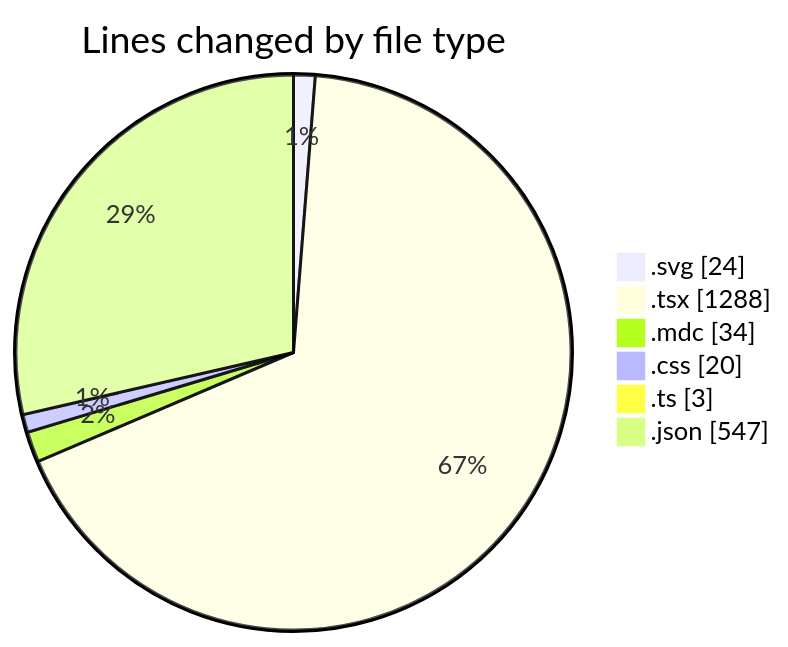
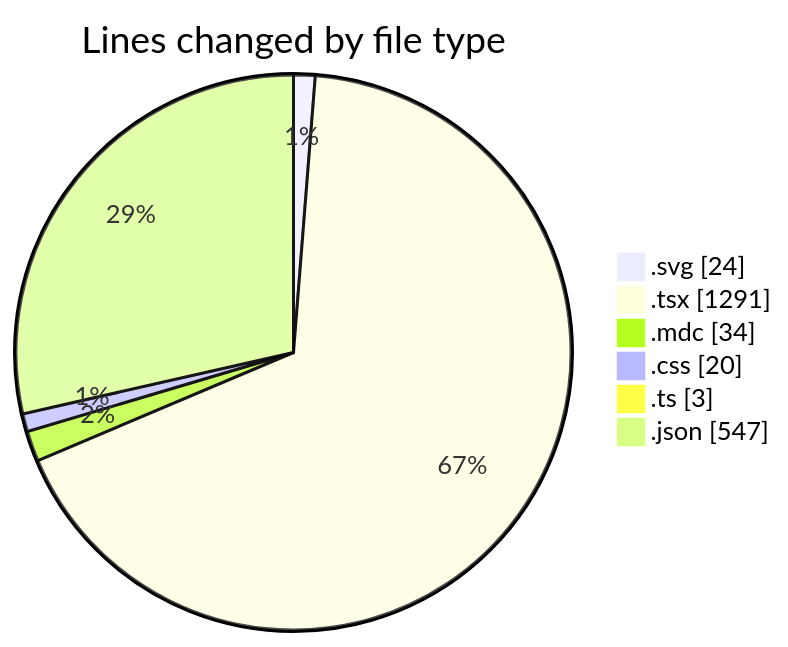
One commit to EIIisD/code-tracking changed the first of 2 diagrams in 2025-07-18/ribbon/README.md. Above: the diagram before and after it, drawn with Mermaid. The commit also changed other lines of this file and 1 other file, not shown here.

````diff
--- a/2025-07-18/ribbon/README.md
+++ b/2025-07-18/ribbon/README.md
@@ -27,10 +27,10 @@
 ```mermaid
 pie showData
 title Lines changed by file type
 ".svg" : 24
-".tsx" : 1288
+".tsx" : 1291
 ".mdc" : 34
 ".css" : 20
 ".ts" : 3
 ".json" : 547
 ```
````
